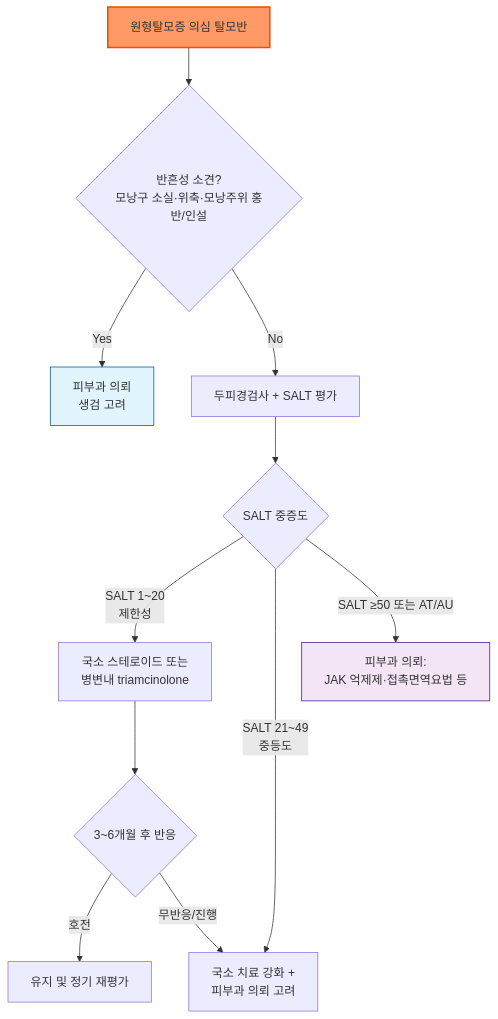
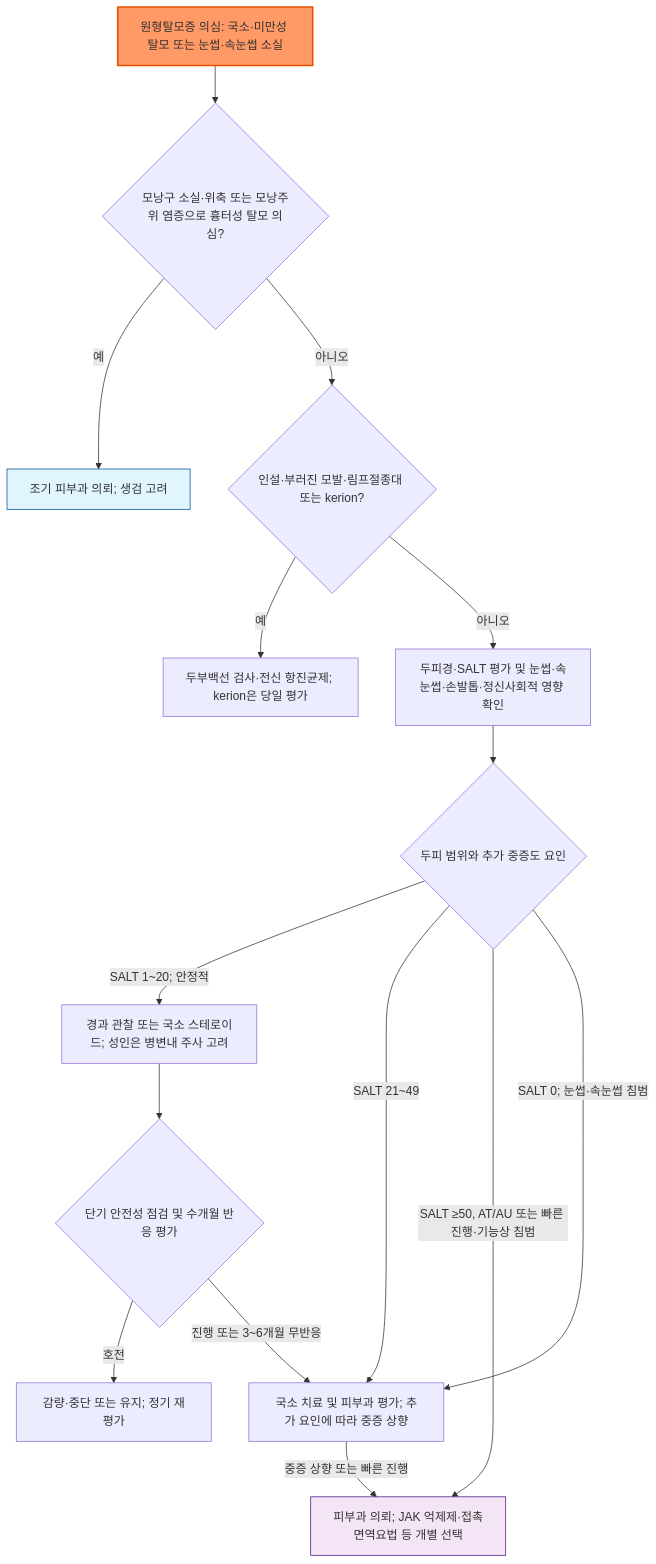
The diagram in 229_/187_-alopecia-areata.md (familyoh77/familyoh77), drawn with Mermaid before and after one commit. The commit also changed other lines of this file and 6 other files, not shown here.

````diff
--- a/229_/187_-alopecia-areata.md
+++ b/229_/187_-alopecia-areata.md
@@ -89,16 +91,20 @@
 ```mermaid
 graph TD
-    A["원형탈모증 의심 탈모반"] --> B{"반흔성 소견?<br>모낭구 소실·위축·모낭주위 홍반/인설"}
-    B -->|Yes| C["피부과 의뢰<br>생검 고려"]
-    B -->|No| D["두피경검사 + SALT 평가"]
-    D --> E{"SALT 중증도"}
-    E -->|"SALT 1~20<br>제한성"| F["국소 스테로이드 또는<br>병변내 triamcinolone"]
-    E -->|"SALT 21~49<br>중등도"| G["국소 치료 강화 +<br>피부과 의뢰 고려"]
-    E -->|"SALT ≥50 또는 AT/AU"| H["피부과 의뢰:<br>JAK 억제제·접촉면역요법 등"]
-    F --> I{"3~6개월 후 반응"}
-    I -->|호전| J["유지 및 정기 재평가"]
-    I -->|무반응/진행| G
+    A["원형탈모증 의심: 국소·미만성 탈모 또는 눈썹·속눈썹 소실"] --> B{"모낭구 소실·위축 또는 모낭주위 염증으로 흉터성 탈모 의심?"}
+    B -->|예| C["조기 피부과 의뢰; 생검 고려"]
+    B -->|아니오| T{"인설·부러진 모발·림프절종대 또는 kerion?"}
+    T -->|예| TC["두부백선 검사·전신 항진균제; kerion은 당일 평가"]
+    T -->|아니오| D["두피경·SALT 평가 및 눈썹·속눈썹·손발톱·정신사회적 영향 확인"]
+    D --> E{"두피 범위와 추가 중증도 요인"}
+    E -->|"SALT 1~20; 안정적"| F["경과 관찰 또는 국소 스테로이드; 성인은 병변내 주사 고려"]
+    E -->|"SALT 21~49"| G["국소 치료 및 피부과 평가; 추가 요인에 따라 중증 상향"]
+    E -->|"SALT ≥50, AT/AU 또는 빠른 진행·기능상 침범"| H["피부과 의뢰; JAK 억제제·접촉면역요법 등 개별 선택"]
+    E -->|"SALT 0; 눈썹·속눈썹 침범"| G
+    F --> I{"단기 안전성 점검 및 수개월 반응 평가"}
+    I -->|호전| J["감량·중단 또는 유지; 정기 재평가"]
+    I -->|"진행 또는 3~6개월 무반응"| G
+    G -->|"중증 상향 또는 빠른 진행"| H
     style A fill:#f96,stroke:#e65100,stroke-width:2px
     style H fill:#f3e5f5,stroke:#4a148c
     style C fill:#e1f5fe,stroke:#01579b
 ```
````
